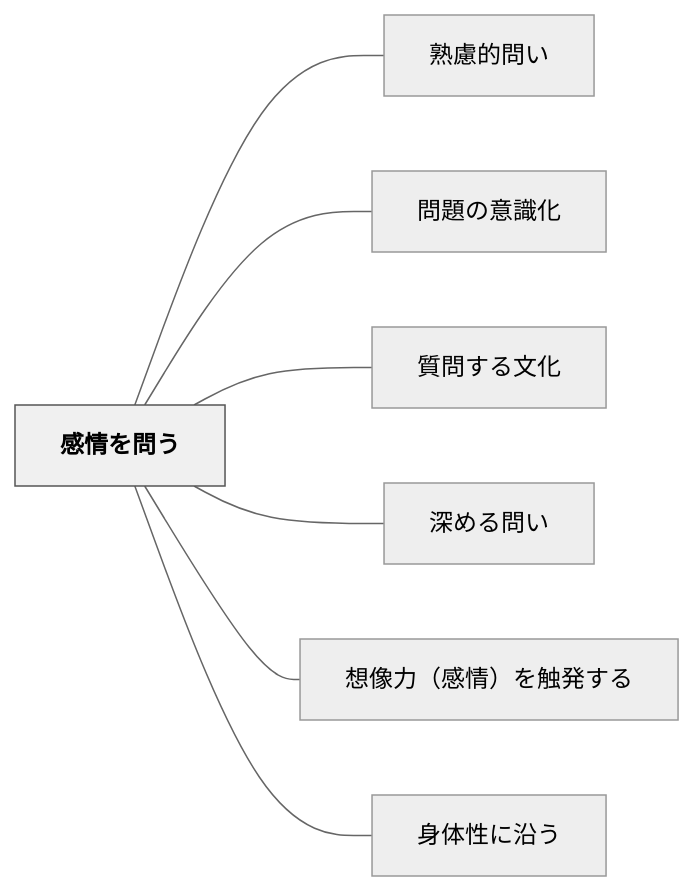
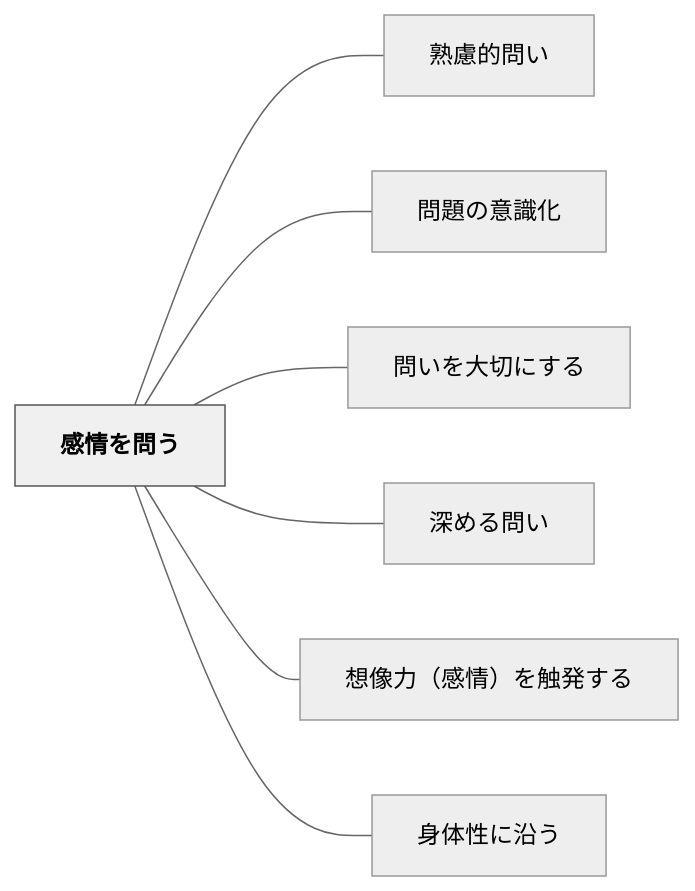
One commit to unknownthings-ed-patterns/unknownthings-ed-patterns changed the diagram in content/パタン/感情を問う.md. Above: the diagram before and after it, drawn with Mermaid (neutral theme). The commit also changed other lines of this file and 9 other files, not shown here.

````diff
--- a/content/パタン/感情を問う.md
+++ b/content/パタン/感情を問う.md
@@ -43,20 +43,20 @@
 ```mermaid
 flowchart LR
     ne6849fe68385e38292e5958fe38186["感情を問う"]
     ne7869fe685aee79a84e5958fe38184["熟慮的問い"]
     ne5958fe9a18ce381aee6848fe8ad98e58c96["問題の意識化"]
-    ne8b3aae5958fe38199e3828be69687e58c96["質問する文化"]
+    ne5958fe38184e38292e5a4a7e58887e381abe38199e3828b["問いを大切にする"]
     ne6b7b1e38281e3828be5958fe38184["深める問い"]
     ne683b3e5838fe58a9befbc88e6849fe68385efbc89e38292e8a7a6e799bae38199e3828b["想像力（感情）を触発する"]
     ne8baabe4bd93e680a7e381abe6b2bfe38186["身体性に沿う"]
 
     ne6849fe68385e38292e5958fe38186 --- ne7869fe685aee79a84e5958fe38184
     ne6849fe68385e38292e5958fe38186 --- ne5958fe9a18ce381aee6848fe8ad98e58c96
-    ne6849fe68385e38292e5958fe38186 --- ne8b3aae5958fe38199e3828be69687e58c96
+    ne6849fe68385e38292e5958fe38186 --- ne5958fe38184e38292e5a4a7e58887e381abe38199e3828b
     ne6849fe68385e38292e5958fe38186 --- ne6b7b1e38281e3828be5958fe38184
     ne6849fe68385e38292e5958fe38186 --- ne683b3e5838fe58a9befbc88e6849fe68385efbc89e38292e8a7a6e799bae38199e3828b
     ne6849fe68385e38292e5958fe38186 --- ne8baabe4bd93e680a7e381abe6b2bfe38186
 
     classDef hub fill:#f0f0f0,stroke:#555,color:#000,font-weight:bold
     class ne6849fe68385e38292e5958fe38186 hub
 ```
````
